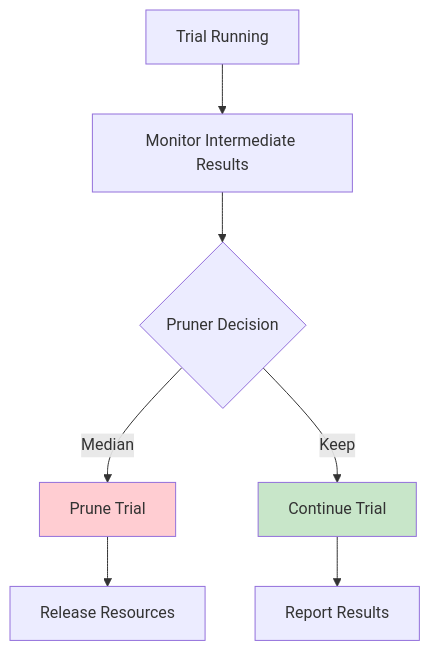
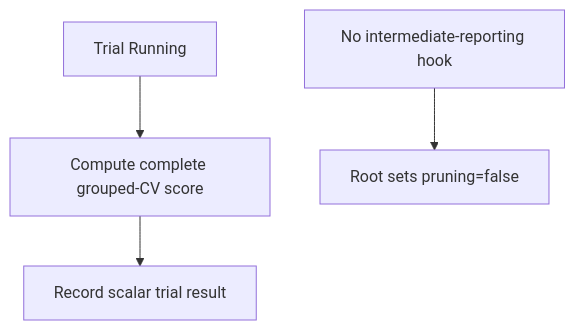
One commit to Evintkoo/2048-ml changed the fourth of 6 diagrams in plans/05-Model/03-Hyperparameter-Optimization/01-hyperparameter-search.md. Above: the diagram before and after it, drawn with Mermaid. The commit also changed other lines of this file and 67 other files, not shown here.

````diff
--- a/plans/05-Model/03-Hyperparameter-Optimization/01-hyperparameter-search.md
+++ b/plans/05-Model/03-Hyperparameter-Optimization/01-hyperparameter-search.md
@@ -82,13 +64,7 @@
 ```mermaid
 flowchart TD
     Trial[Trial Running]
-    Trial --> Monitor[Monitor Intermediate Results]
-    Monitor --> Pruner{Pruner Decision}
-    Pruner --> |Median| Prune[Prune Trial]
-    Pruner --> |Keep| Continue[Continue Trial]
-    Prune --> Release[Release Resources]
-    Continue --> Report[Report Results]
-    
-    style Prune fill:#ffcdd2
-    style Continue fill:#c8e6c9
+    Trial --> Objective[Compute complete grouped-CV score]
+    Objective --> Record[Record scalar trial result]
+    Unsupported[No intermediate-reporting hook] --> Disabled[Root sets pruning=false]
 ```
````
